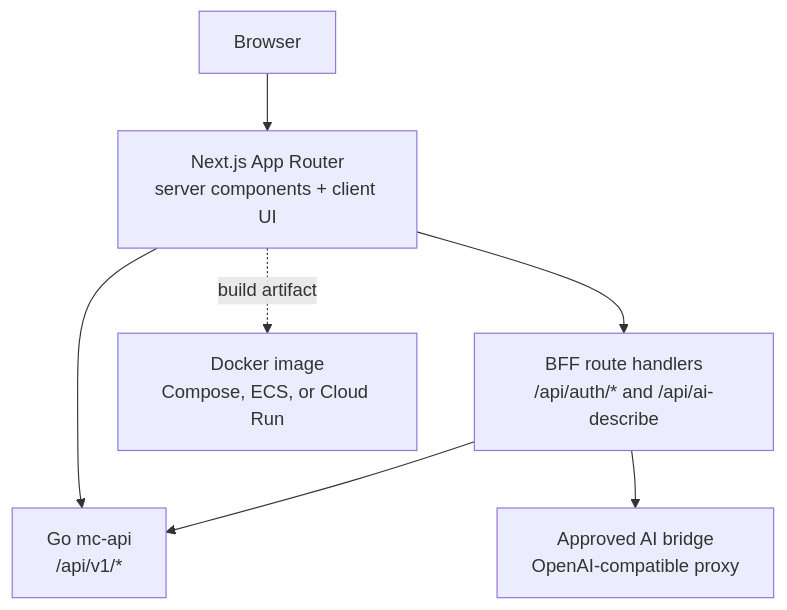
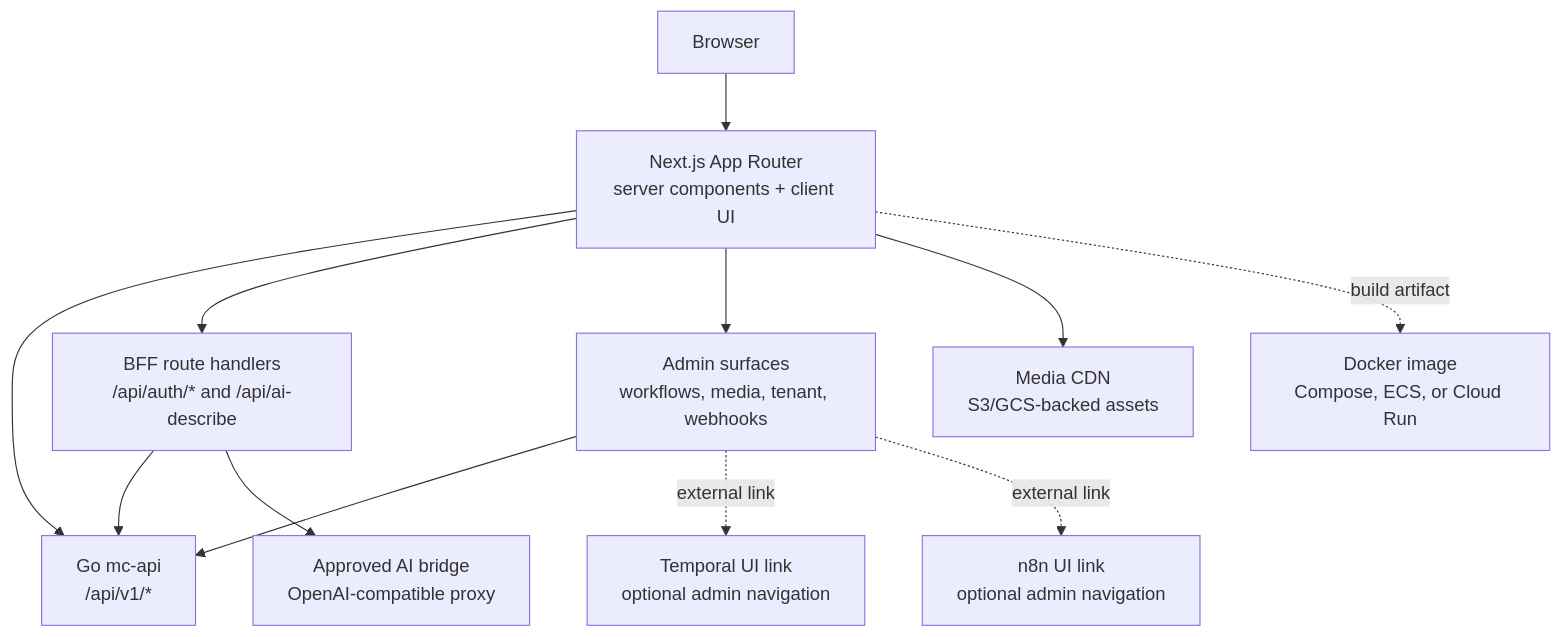
The diagram in README.md (nfsarch33/agentic-ecommerce-web), drawn with Mermaid before and after one commit. The commit also changed other lines of this file and 7 other files, not shown here.

````diff
--- a/README.md
+++ b/README.md
@@ -11,16 +11,25 @@
 ```mermaid
 flowchart TB
   Browser["Browser"]
   Next["Next.js App Router\nserver components + client UI"]
   BFF["BFF route handlers\n/api/auth/* and /api/ai-describe"]
   API["Go mc-api\n/api/v1/*"]
+  Admin["Admin surfaces\nworkflows, media, tenant, webhooks"]
+  Temporal["Temporal UI link\noptional admin navigation"]
+  N8N["n8n UI link\noptional admin navigation"]
+  CDN["Media CDN\nS3/GCS-backed assets"]
   Bridge["Approved AI bridge\nOpenAI-compatible proxy"]
   Deploy["Docker image\nCompose, ECS, or Cloud Run"]
 
   Browser --> Next
   Next --> API
   Next --> BFF
+  Next --> Admin
+  Admin --> API
+  Admin -. external link .-> Temporal
+  Admin -. external link .-> N8N
+  Next --> CDN
   BFF --> API
   BFF --> Bridge
   Next -. build artifact .-> Deploy
 ```
````
